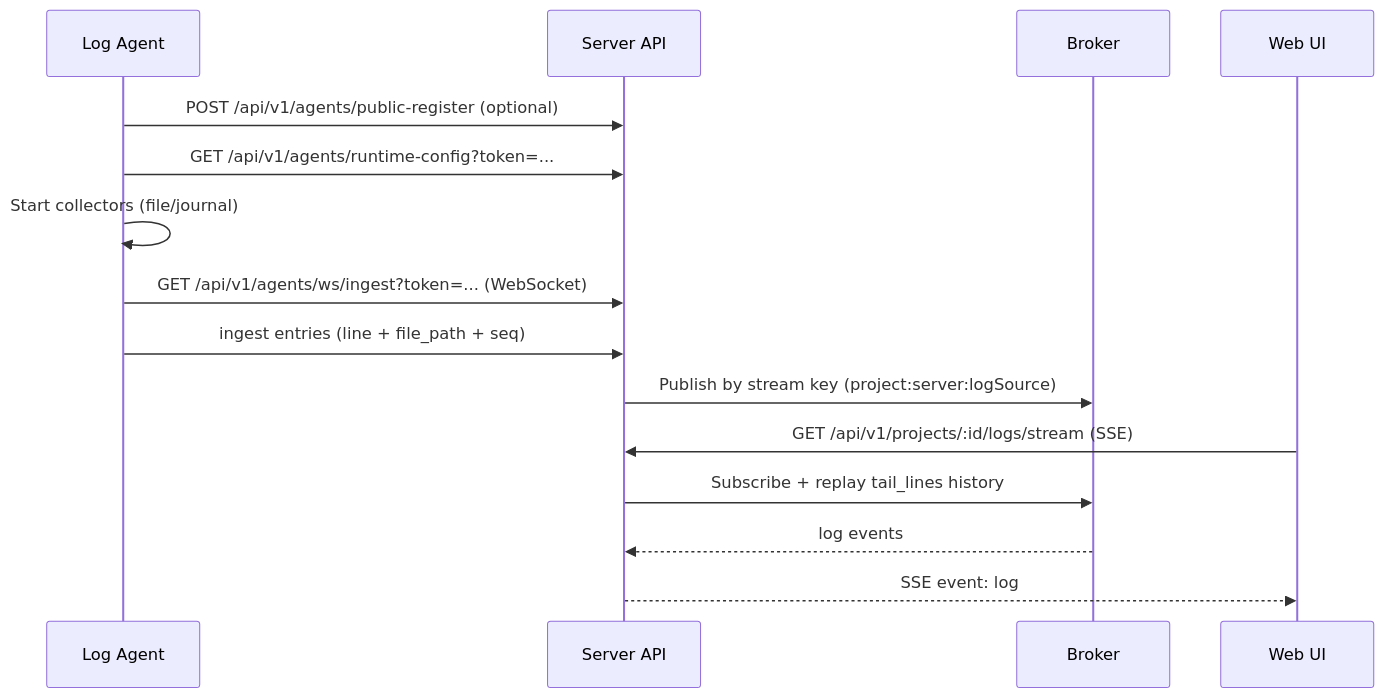
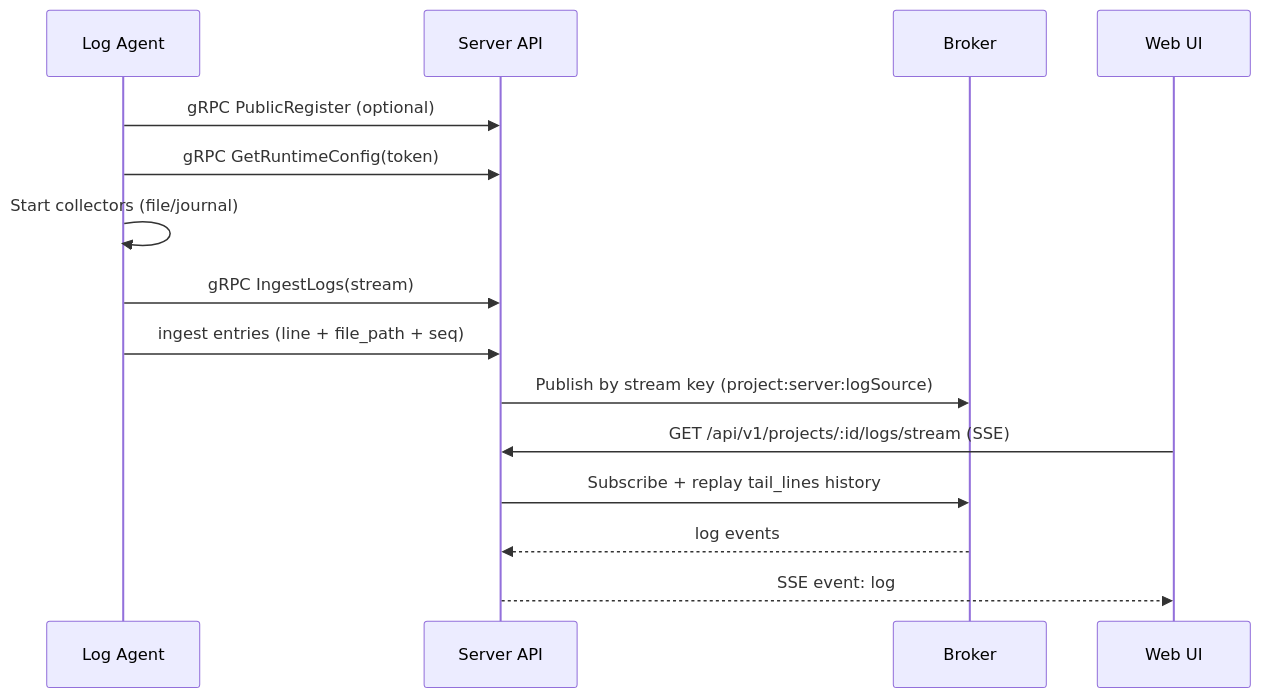
One commit to chinesewxd123/yunshu changed the second of 2 diagrams in README.md. Above: the diagram before and after it, drawn with Mermaid. The commit also changed other lines of this file and 20877 other files, not shown here.

````diff
--- a/README.md
+++ b/README.md
@@ -194,18 +201,18 @@
 ```mermaid
 sequenceDiagram
   participant A as Log Agent
   participant S as Server API
   participant B as Broker
   participant W as Web UI
 
-  A->>S: POST /api/v1/agents/public-register (optional)
-  A->>S: GET /api/v1/agents/runtime-config?token=...
+  A->>S: gRPC PublicRegister (optional)
+  A->>S: gRPC GetRuntimeConfig(token)
   A->>A: Start collectors (file/journal)
-  A->>S: GET /api/v1/agents/ws/ingest?token=... (WebSocket)
+  A->>S: gRPC IngestLogs(stream)
   A->>S: ingest entries (line + file_path + seq)
   S->>B: Publish by stream key (project:server:logSource)
   W->>S: GET /api/v1/projects/:id/logs/stream (SSE)
   S->>B: Subscribe + replay tail_lines history
   B-->>S: log events
   S-->>W: SSE event: log
 ```
````
